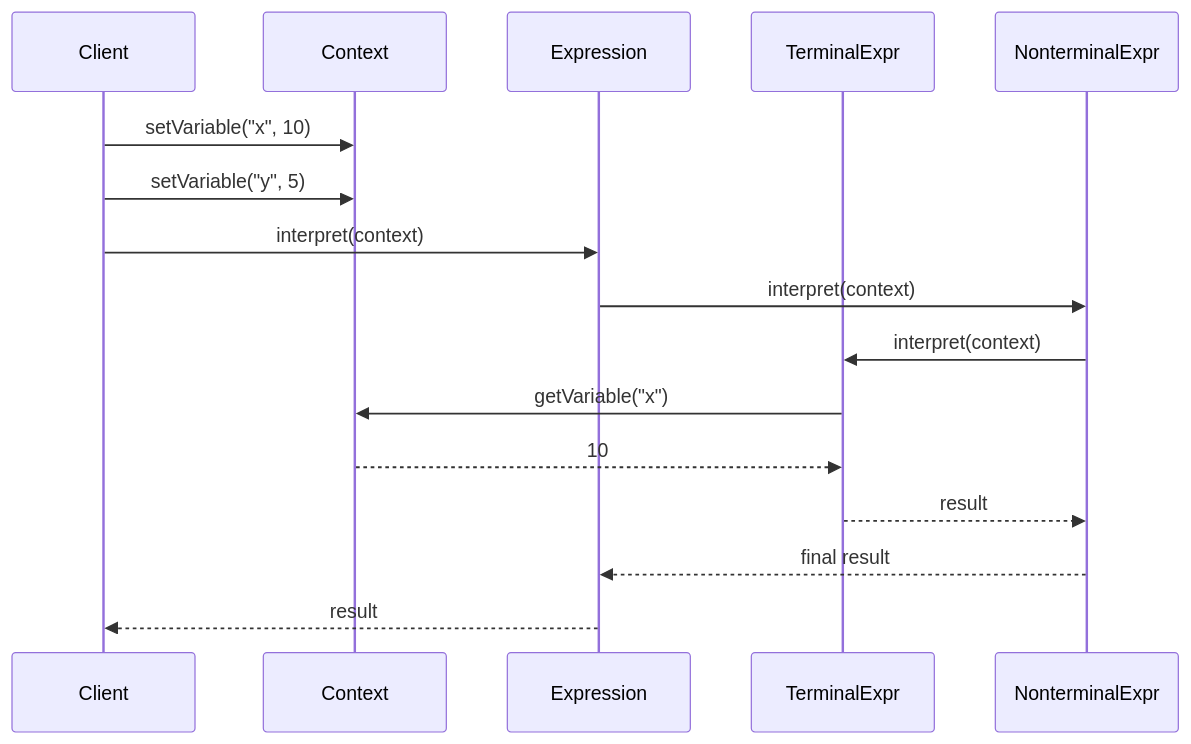
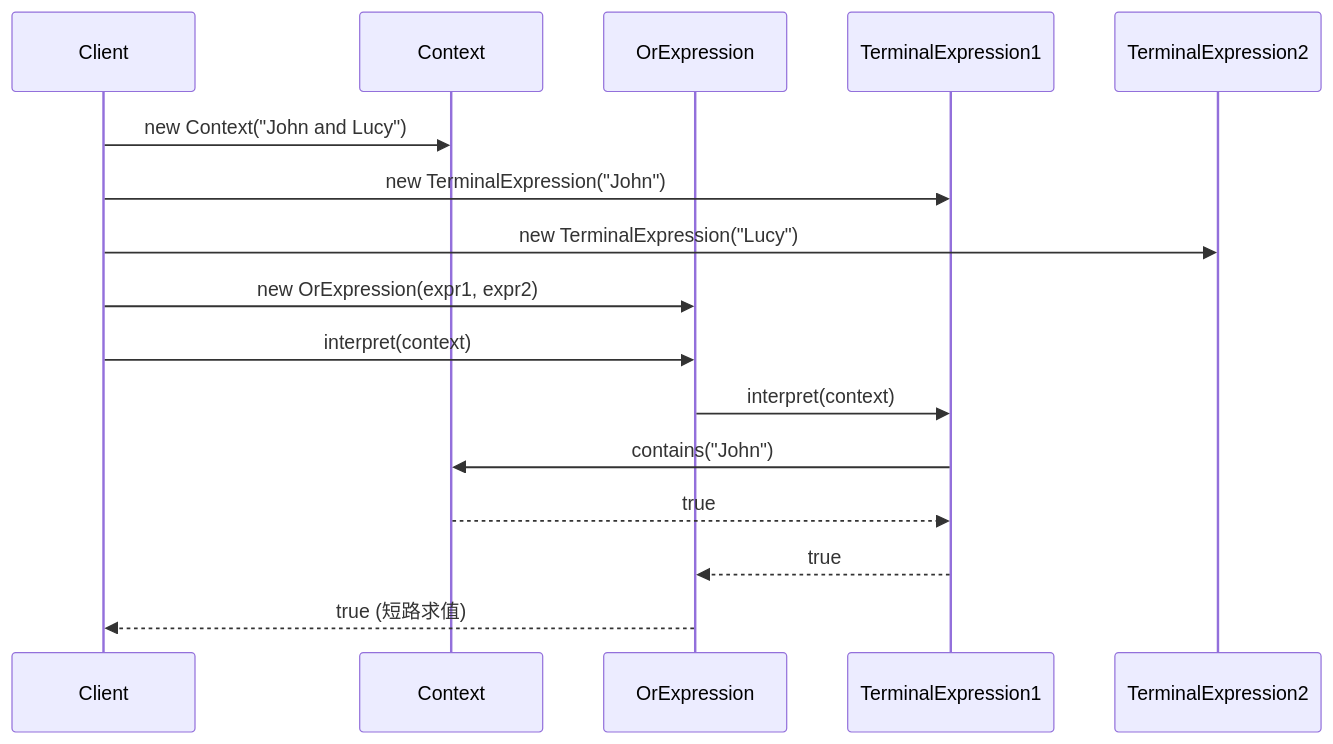
The second of 2 diagrams in docs/design-patterns/behavioral/interpreter.md (ANTHEM37/tool-box), drawn with Mermaid before and after one commit. The commit also changed other lines of this file and 29 other files, not shown here.

````diff
--- a/docs/design-patterns/behavioral/interpreter.md
+++ b/docs/design-patterns/behavioral/interpreter.md
@@ -55,18 +128,20 @@
 ```mermaid
 sequenceDiagram
     participant Client
     participant Context
-    participant Expression
-    participant TerminalExpr
-    participant NonterminalExpr
-    Client ->> Context: setVariable("x", 10)
-    Client ->> Context: setVariable("y", 5)
-    Client ->> Expression: interpret(context)
-    Expression ->> NonterminalExpr: interpret(context)
-    NonterminalExpr ->> TerminalExpr: interpret(context)
-    TerminalExpr ->> Context: getVariable("x")
-    Context -->> TerminalExpr: 10
-    TerminalExpr -->> NonterminalExpr: result
-    NonterminalExpr -->> Expression: final result
-    Expression -->> Client: result
+    participant OrExpression
+    participant TerminalExpression1
+    participant TerminalExpression2
+    
+    Client->>Context: new Context("John and Lucy")
+    Client->>TerminalExpression1: new TerminalExpression("John")
+    Client->>TerminalExpression2: new TerminalExpression("Lucy")
+    Client->>OrExpression: new OrExpression(expr1, expr2)
+    
+    Client->>OrExpression: interpret(context)
+    OrExpression->>TerminalExpression1: interpret(context)
+    TerminalExpression1->>Context: contains("John")
+    Context-->>TerminalExpression1: true
+    TerminalExpression1-->>OrExpression: true
+    OrExpression-->>Client: true (短路求值)
 ```
````
